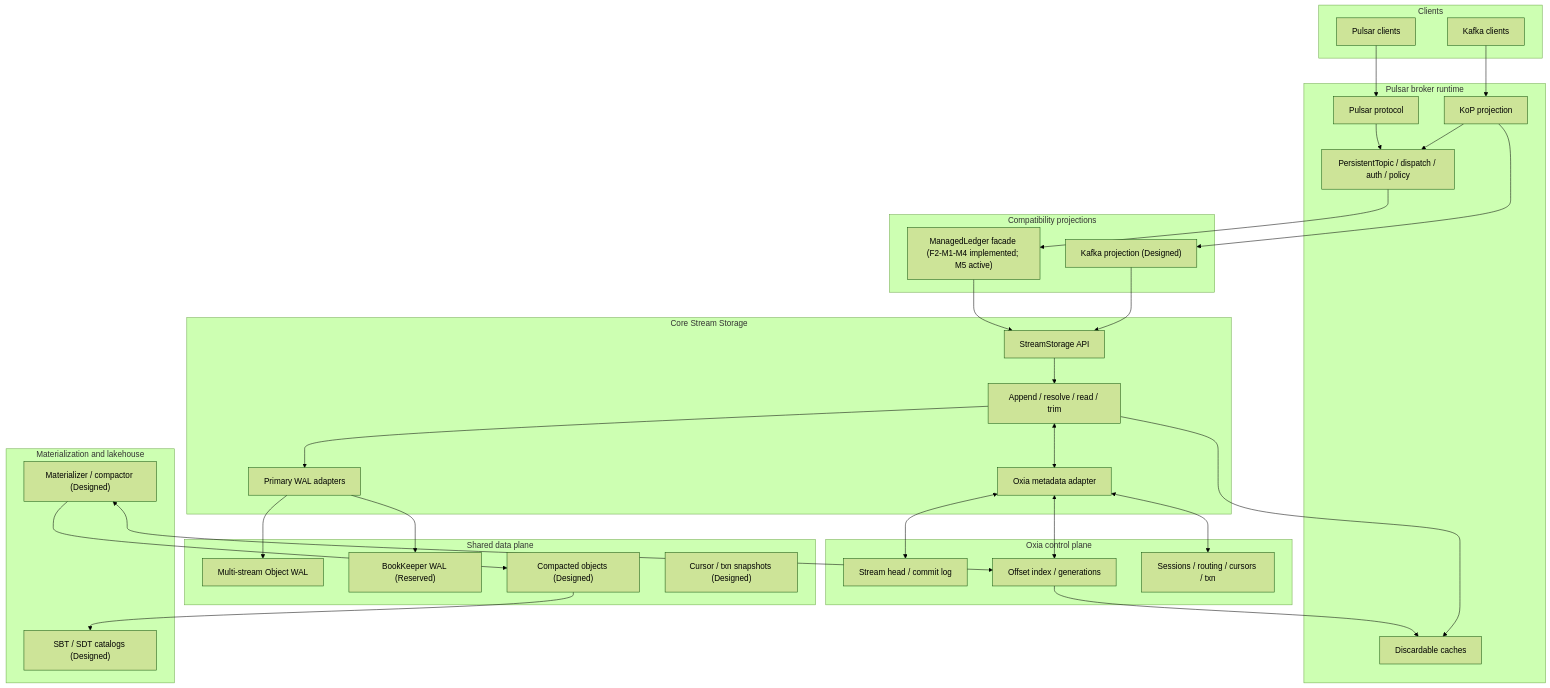
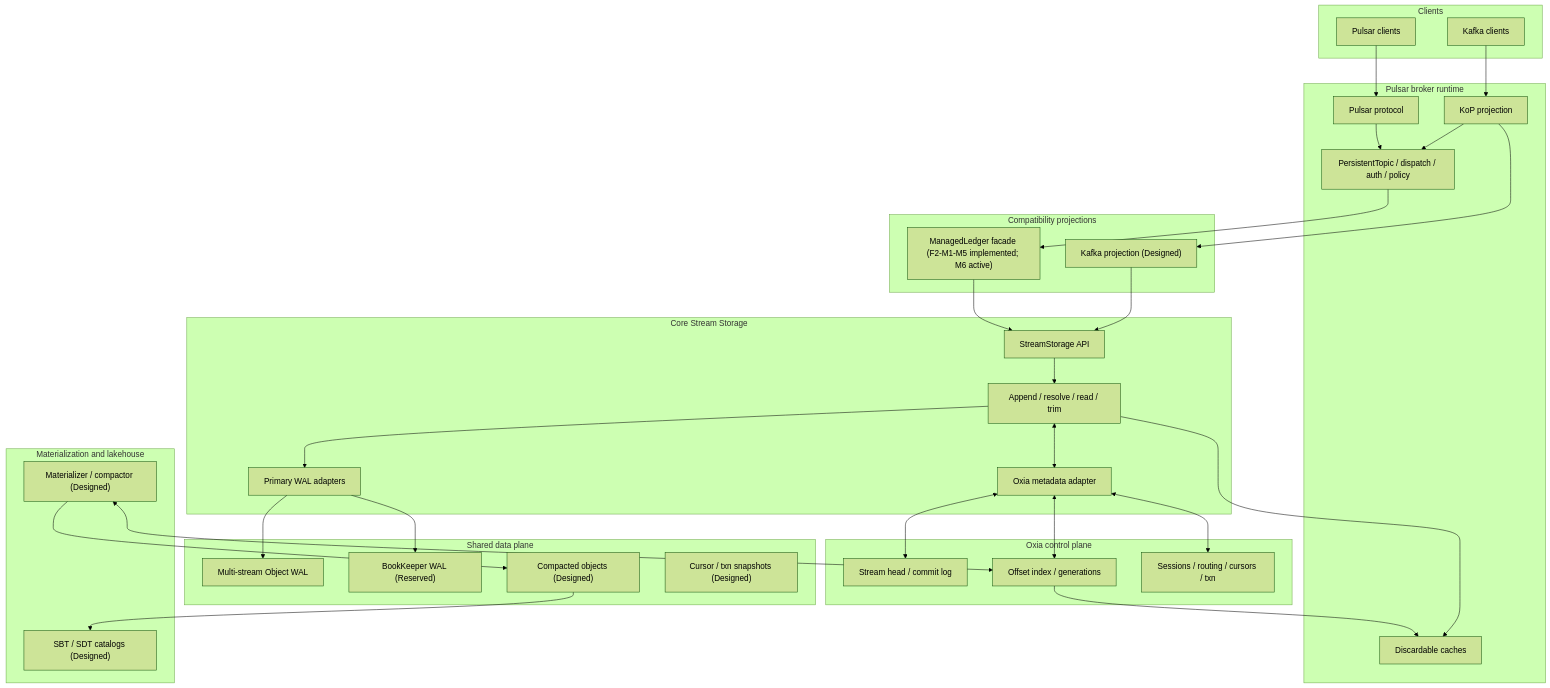
One commit to nereusstream/nereus changed the first of 2 diagrams in docs/design/nereus-overall-architecture.md. Above: the diagram before and after it, drawn with Mermaid (forest theme). The commit also changed other lines of this file and 18 other files, not shown here.

````diff
--- a/docs/design/nereus-overall-architecture.md
+++ b/docs/design/nereus-overall-architecture.md
@@ -195,56 +199,56 @@
 ```mermaid
 flowchart TB
     subgraph Clients["Clients"]
         PC["Pulsar clients"]
         KC["Kafka clients"]
     end
     subgraph Broker["Pulsar broker runtime"]
         PP["Pulsar protocol"]
         KoP["KoP projection"]
         Runtime["PersistentTopic / dispatch / auth / policy"]
         Cache["Discardable caches"]
     end
     subgraph Adapters["Compatibility projections"]
-        MLF["ManagedLedger facade (F2-M1-M4 implemented; M5 active)"]
+        MLF["ManagedLedger facade (F2-M1-M5 implemented; M6 active)"]
         KAF["Kafka projection (Designed)"]
     end
     subgraph L0["Core Stream Storage"]
         API["StreamStorage API"]
         Core["Append / resolve / read / trim"]
         Meta["Oxia metadata adapter"]
         Wal["Primary WAL adapters"]
     end
     subgraph Data["Shared data plane"]
         OW["Multi-stream Object WAL"]
         BK["BookKeeper WAL (Reserved)"]
         CO["Compacted objects (Designed)"]
         Snap["Cursor / txn snapshots (Designed)"]
     end
     subgraph Control["Oxia control plane"]
         Head["Stream head / commit log"]
         Index["Offset index / generations"]
         Coord["Sessions / routing / cursors / txn"]
     end
     subgraph L3["Materialization and lakehouse"]
         Mat["Materializer / compactor (Designed)"]
         Cat["SBT / SDT catalogs (Designed)"]
     end
 
     PC --> PP --> Runtime
     KC --> KoP --> Runtime
     Runtime --> MLF --> API
     KoP --> KAF --> API
     API --> Core
     Core <--> Meta
     Core --> Wal
     Meta <--> Head
     Meta <--> Index
     Meta <--> Coord
     Wal --> OW
     Wal --> BK
     Index --> Cache
     Mat --> CO
     Mat <--> Index
     CO --> Cat
     Core --> Cache
 ```
````
